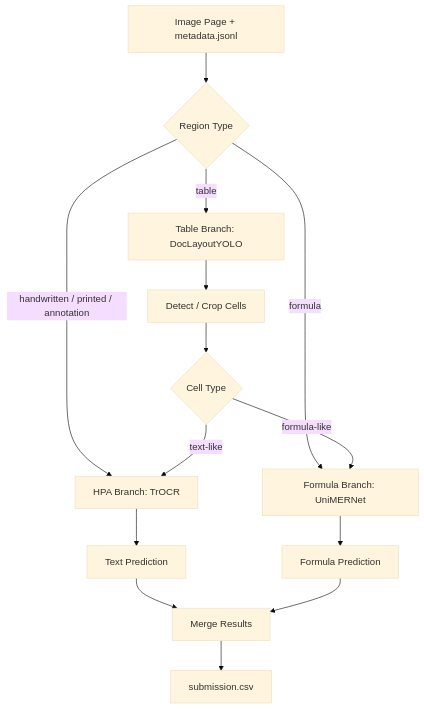
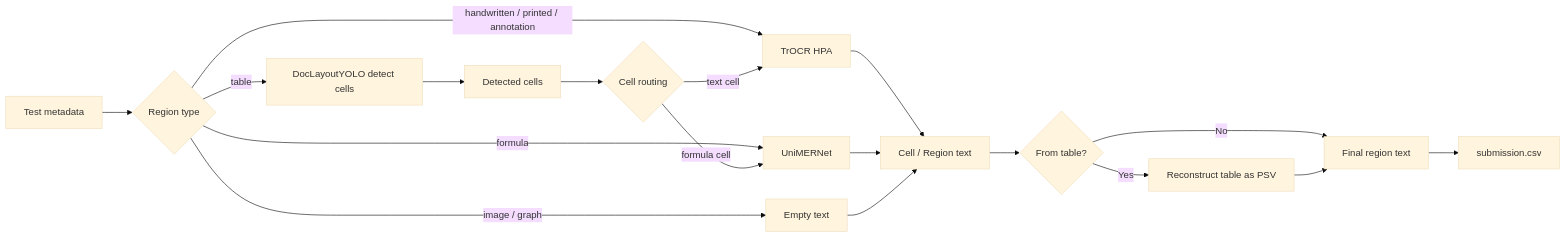
Before and after one commit to KimHuu2486/Handwritten_to_Data_Ukraine: the diagram in rukopys_pipeline_report.md, drawn with Mermaid (base theme).

Commit message:
update pipeline flowchart

````diff
--- a/rukopys_pipeline_report.md
+++ b/rukopys_pipeline_report.md
@@ -17,18 +17,27 @@
 ```mermaid
-graph TD
-    A[Image Page + metadata.jsonl] --> B{Region Type}
-    B -->|handwritten / printed / annotation| C[HPA Branch: TrOCR]
-    B -->|formula| D[Formula Branch: UniMERNet]
-    B -->|table| E[Table Branch: DocLayoutYOLO]
+flowchart LR
+    A[Test metadata] --> B{Region type}
 
-    E --> F[Detect / Crop Cells]
-    F --> G{Cell Type}
-    G -->|text-like| C
-    G -->|formula-like| D
+    B -->|handwritten / printed / annotation| C[TrOCR HPA]
+    B -->|formula| D[UniMERNet]
+    B -->|table| E[DocLayoutYOLO detect cells]
+    B -->|image / graph| F[Empty text]
 
-    C --> H[Text Prediction]
-    D --> I[Formula Prediction]
-    H --> J[Merge Results]
-    I --> J
-    J --> K[submission.csv]
+    E --> G[Detected cells]
+    G --> H{Cell routing}
+
+    H -->|text cell| C
+    H -->|formula cell| D
+
+    C --> I[Cell / Region text]
+    D --> I
+    F --> I
+
+    I --> J{From table?}
+
+    J -->|Yes| K[Reconstruct table as PSV]
+    J -->|No| L[Final region text]
+
+    K --> L
+    L --> M[submission.csv]
 ```
````
